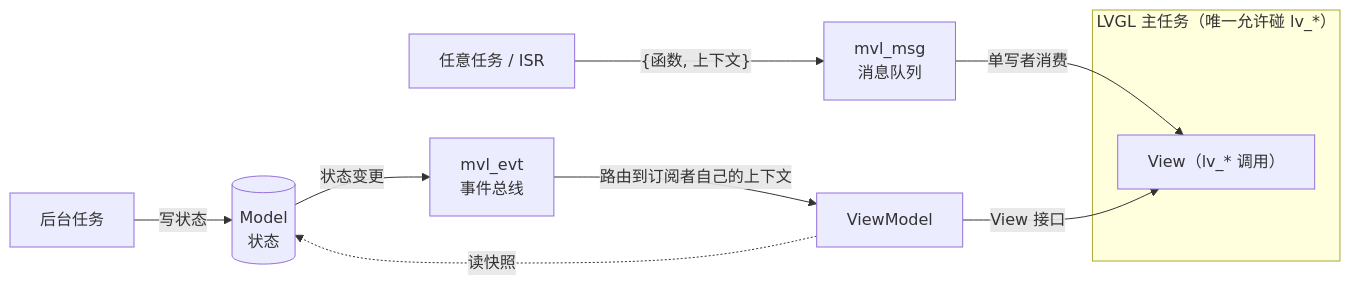
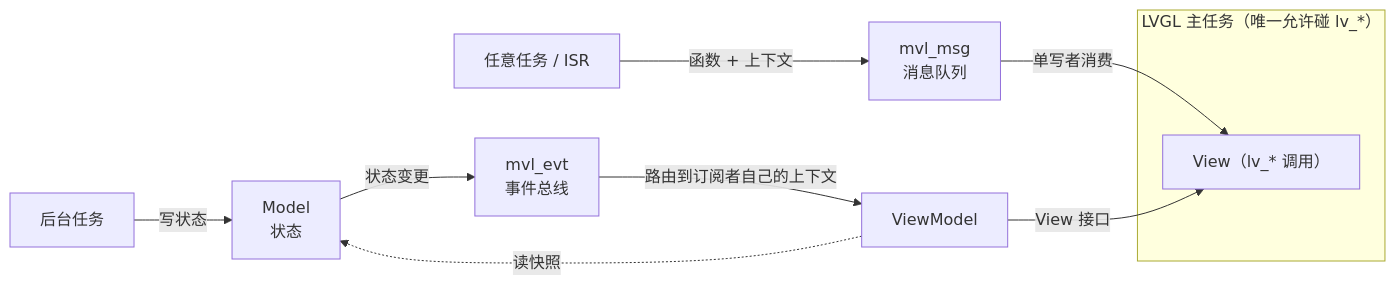
Before and after one commit to smallerxuan/mvl: the diagram in README_CN.md, drawn with Mermaid. The commit also changed 1 other file, not shown here.

Commit message:
docs(readme): 架构图改用 GitHub 兼容的 mermaid 语法
GitHub 的 mermaid 渲染管线对边标签中的花括号 {function, context}
和体育场形节点 [( )] 内的 <br/> 支持不稳，报 Unable to render
rich display。改为管道式边标签 + 矩形节点（与 docs/design/design.md
已有图一致），经 mermaid.ink 渲染验证通过。

````diff
--- a/README_CN.md
+++ b/README_CN.md
@@ -11,14 +11,14 @@
 ```mermaid
 flowchart LR
     subgraph L["LVGL 主任务（唯一允许碰 lv_*）"]
         V["View（lv_* 调用）"]
     end
 
-    T["任意任务 / ISR"] -- "{函数, 上下文}" --> MSG["mvl_msg<br/>消息队列"]
-    MSG -- "单写者消费" --> V
-    B["后台任务"] -- "写状态" --> M[("Model<br/>状态")]
-    M -- "状态变更" --> EVT["mvl_evt<br/>事件总线"]
-    EVT -- "路由到订阅者自己的上下文" --> VM["ViewModel"]
-    VM -. "读快照" .-> M
-    VM -- "View 接口" --> V
+    T["任意任务 / ISR"] -->|"函数 + 上下文"| MSG["mvl_msg<br/>消息队列"]
+    MSG -->|"单写者消费"| V
+    B["后台任务"] -->|"写状态"| M["Model<br/>状态"]
+    M -->|"状态变更"| EVT["mvl_evt<br/>事件总线"]
+    EVT -->|"路由到订阅者自己的上下文"| VM["ViewModel"]
+    VM -.->|"读快照"| M
+    VM -->|"View 接口"| V
 ```
````
